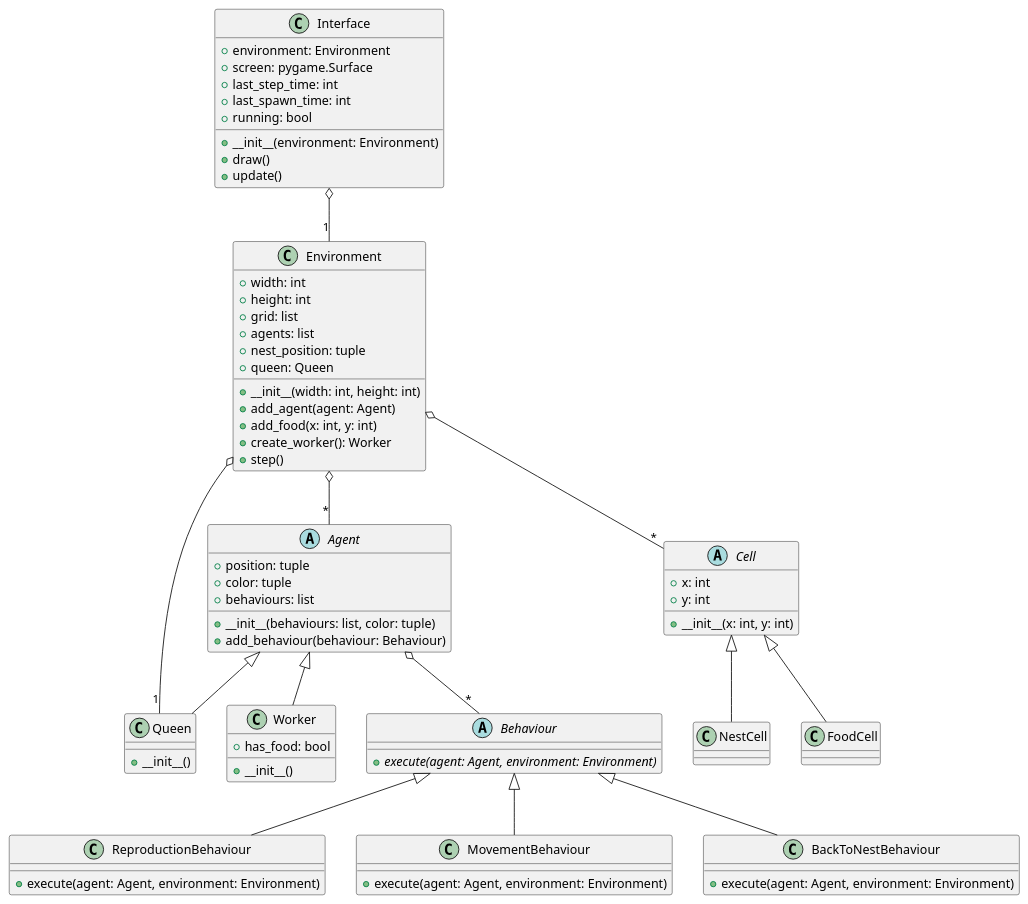
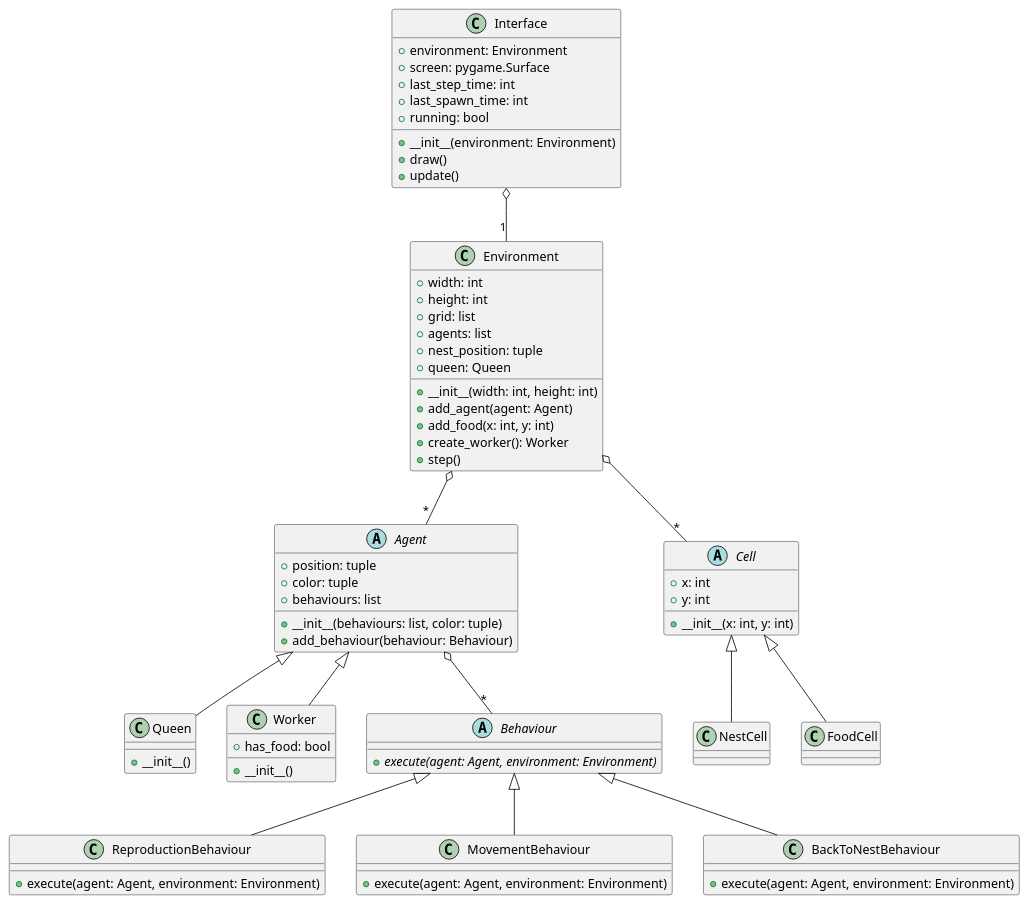
Before and after one commit to ChakerYaakoub/Multi-Agent-System: the diagram in class_diagram.puml, drawn with PlantUML. The commit also changed 9 other files, not shown here.

```diff
--- a/class_diagram.puml
+++ b/class_diagram.puml
@@ -1,96 +1,96 @@
 @startuml Ant Farm Simulation
 
 ' Agents
 abstract class Agent {
     + position: tuple
     + color: tuple
     + behaviours: list
     + __init__(behaviours: list, color: tuple)
     + add_behaviour(behaviour: Behaviour)
 }
 
 class Queen {
     + __init__()
 }
 
 class Worker {
     + has_food: bool
     + __init__()
 }
 
 ' Behaviours
 abstract class Behaviour {
     + {abstract} execute(agent: Agent, environment: Environment)
 }
 
 class ReproductionBehaviour {
     + execute(agent: Agent, environment: Environment)
 }
 
 class MovementBehaviour {
     + execute(agent: Agent, environment: Environment)
 }
 
 class BackToNestBehaviour {
     + execute(agent: Agent, environment: Environment)
 }
 
 ' Cells
 abstract class Cell {
     + x: int
     + y: int
     + __init__(x: int, y: int)
 }
 
 class NestCell {
 }
 
 class FoodCell {
 }
 
 ' Environment
 class Environment {
     + width: int
     + height: int
     + grid: list
     + agents: list
     + nest_position: tuple
     + queen: Queen
     + __init__(width: int, height: int)
     + add_agent(agent: Agent)
     + add_food(x: int, y: int)
     + create_worker(): Worker
     + step()
 }
 
 ' Interface
 class Interface {
     + environment: Environment
     + screen: pygame.Surface
     + last_step_time: int
     + last_spawn_time: int
     + running: bool
     + __init__(environment: Environment)
     + draw()
     + update()
 }
 
 ' Relationships
 Agent <|-- Queen
 Agent <|-- Worker
 Agent o-- "*" Behaviour
 
 Behaviour <|-- ReproductionBehaviour
 Behaviour <|-- MovementBehaviour
 Behaviour <|-- BackToNestBehaviour
 
 Cell <|-- NestCell
 Cell <|-- FoodCell
 
 Environment o-- "*" Agent
 Environment o-- "*" Cell
-Environment o-- "1" Queen
+
 
 Interface o-- "1" Environment
 
 @enduml 
```
